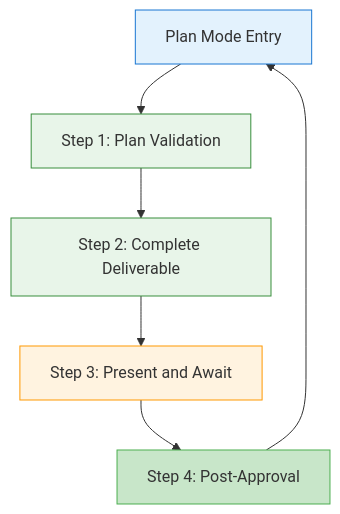
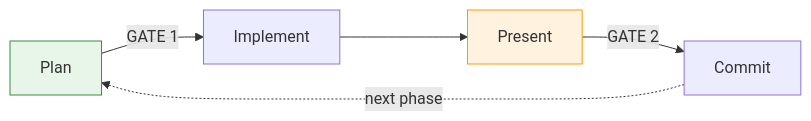
The diagram in README.md (binaryphile/tandem-protocol), drawn with Mermaid before and after one commit. The commit also changed other lines of this file and 2 other files, not shown here.

````diff
--- a/README.md
+++ b/README.md
@@ -78,14 +76,10 @@
 ```mermaid
-flowchart TD
-    PLAN[Plan Mode Entry] --> S1[Step 1: Plan Validation]
-    S1 --> S2[Step 2: Complete Deliverable]
-    S2 --> S3[Step 3: Present and Await]
-    S3 --> S4[Step 4: Post-Approval]
-    S4 --> PLAN
+flowchart LR
+    S1[Plan] -->|"GATE 1"| S2[Implement]
+    S2 --> S3[Present]
+    S3 -->|"GATE 2"| S4[Commit]
+    S4 -.->|"next phase"| S1
 
-    style PLAN fill:#e3f2fd,stroke:#1976d2
     style S1 fill:#e8f5e9,stroke:#388e3c
-    style S2 fill:#e8f5e9,stroke:#388e3c
     style S3 fill:#fff3e0,stroke:#ff9800
-    style S4 fill:#c8e6c9,stroke:#4caf50
 ```
````
